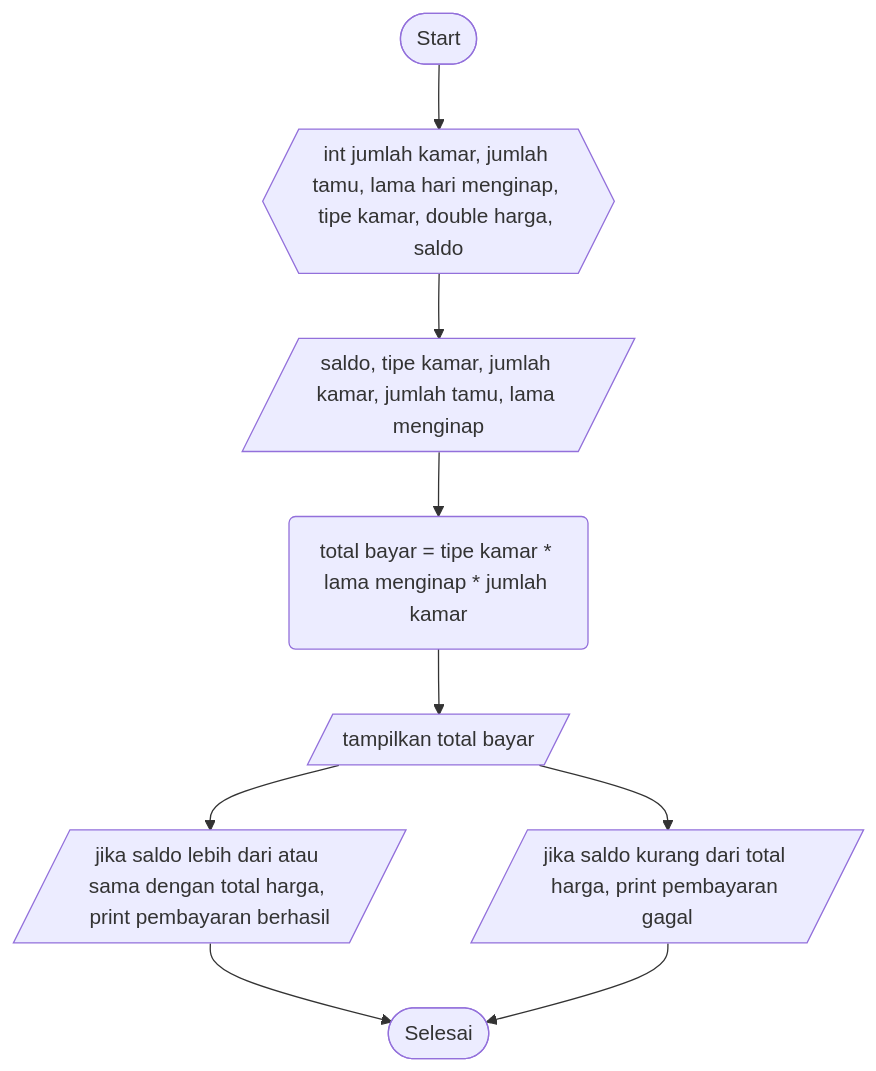
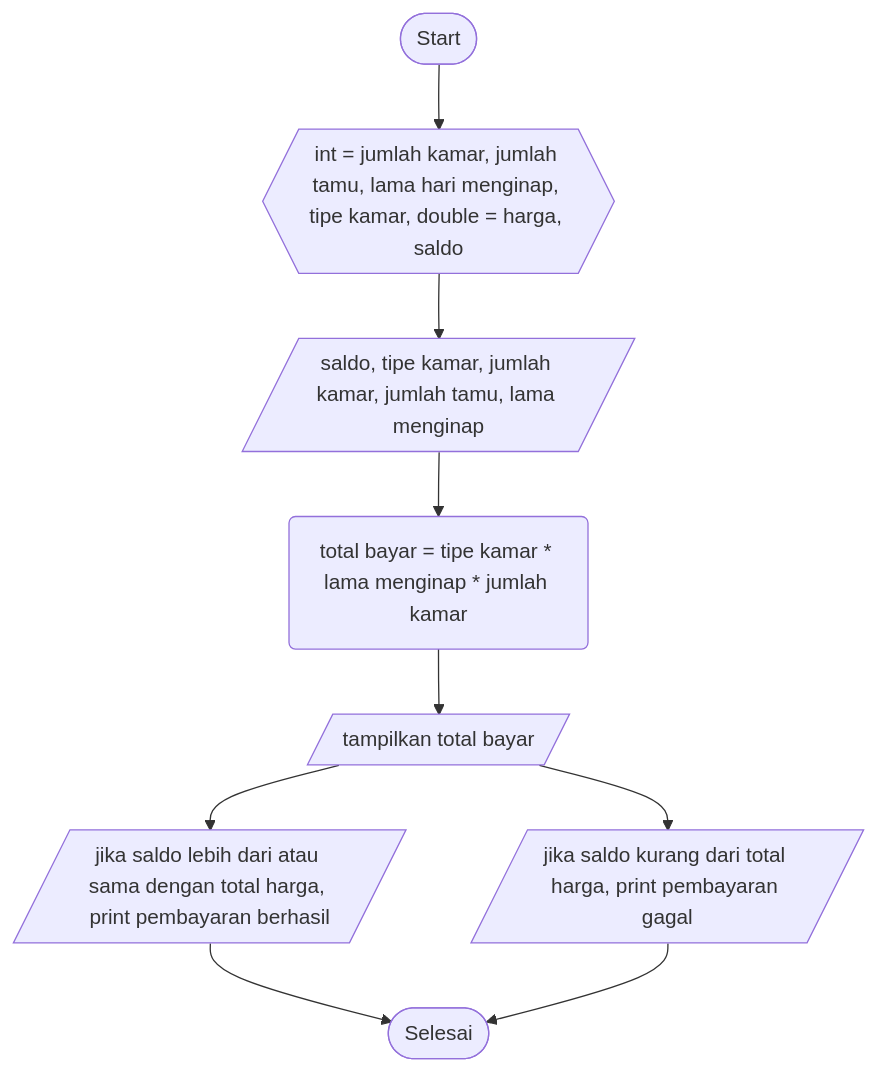
Before and after one commit to SATRIODIANNUGROHO/Sample2.1: the diagram in BookingRuangan.md, drawn with Mermaid.

````diff
--- a/BookingRuangan.md
+++ b/BookingRuangan.md
@@ -1,11 +1,11 @@
 ```mermaid
 flowchart TD;
-    A([Start])-->B{{int jumlah kamar, jumlah tamu, lama hari menginap, tipe kamar, double harga, saldo}};
-    B{{int jumlah kamar, jumlah tamu, lama hari menginap, tipe kamar, double harga, saldo}}-->C[/saldo, tipe kamar, jumlah kamar, jumlah tamu, lama menginap/];
+    A([Start])-->B{{int = jumlah kamar, jumlah tamu, lama hari menginap, tipe kamar, double = harga, saldo}};
+    B{{int = jumlah kamar, jumlah tamu, lama hari menginap, tipe kamar, double = harga, saldo}}-->C[/saldo, tipe kamar, jumlah kamar, jumlah tamu, lama menginap/];
     C[/saldo, tipe kamar, jumlah kamar, jumlah tamu, lama menginap/]-->D(total bayar = tipe kamar * lama menginap * jumlah kamar);
     D(total bayar = tipe kamar * lama menginap * jumlah kamar)-->E[/tampilkan total bayar/];
     E[/tampilkan total bayar/]-->F[/jika saldo kurang dari total harga, print pembayaran gagal/];
     E[/tampilkan total bayar/]-->G[/jika saldo lebih dari atau sama dengan total harga, print pembayaran berhasil/];
     G[/jika saldo lebih dari atau sama dengan total harga, print pembayaran berhasil/]-->H([Selesai]);
     F[/jika saldo kurang dari total harga, print pembayaran gagal/]-->H([Selesai]);
 ```
````
